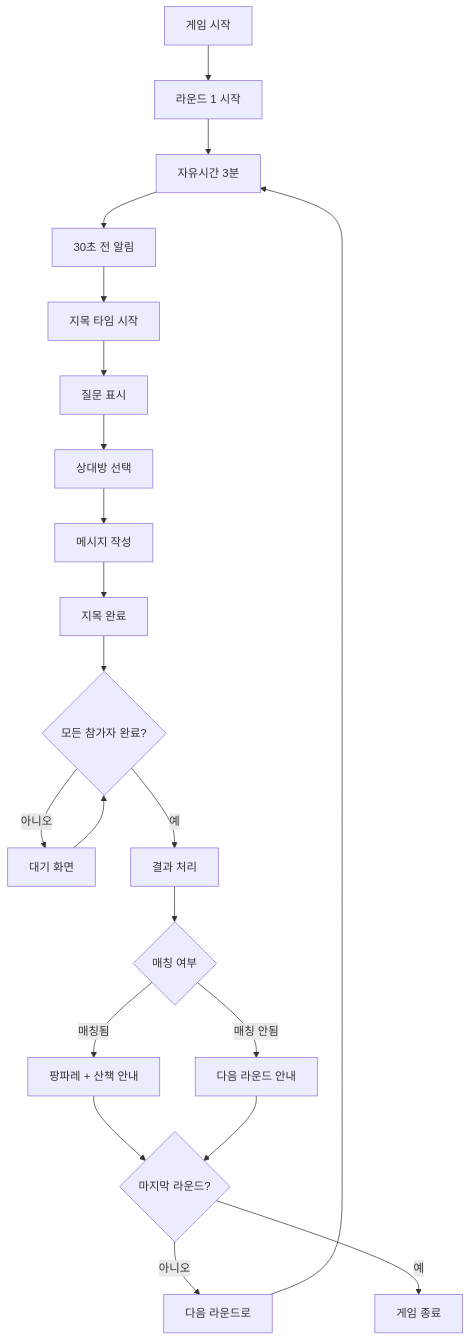
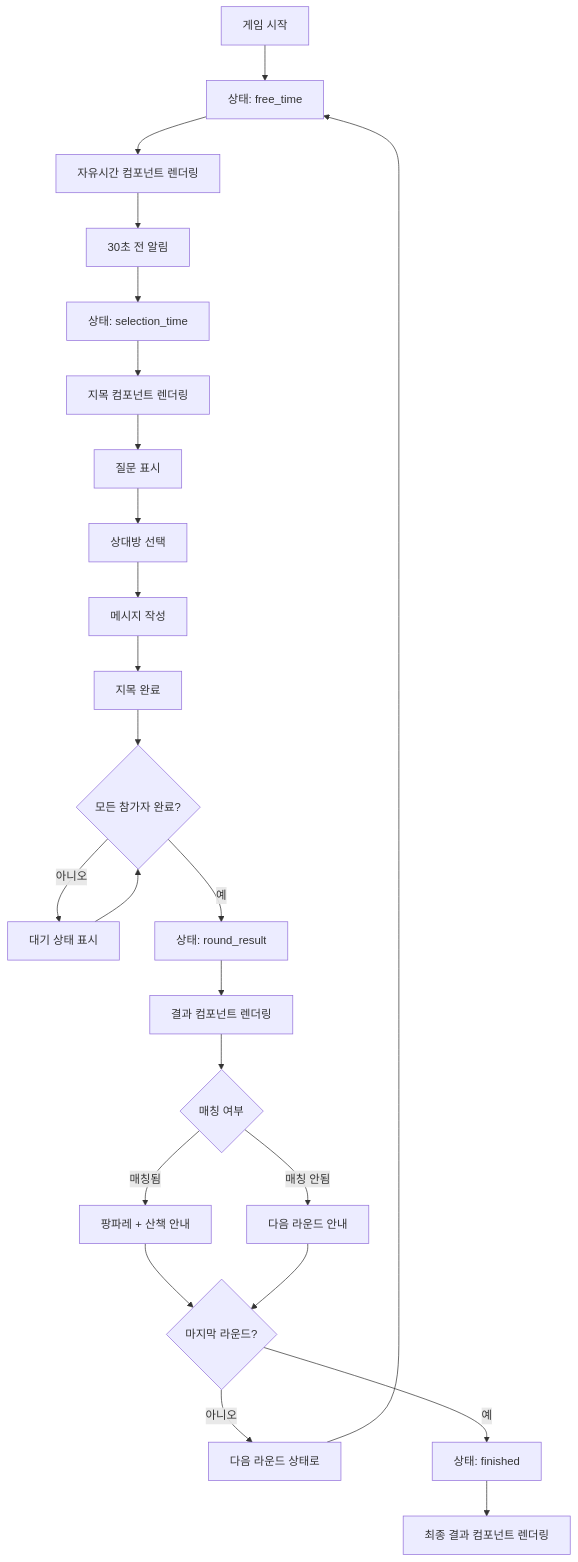
The second of 7 diagrams in .cursor/rules/template.prd.mdc (paxhumana-ai/loveline-game), drawn with Mermaid before and after one commit. The commit also changed other lines of this file and 7 other files, not shown here.

````diff
--- a/.cursor/rules/template.prd.mdc
+++ b/.cursor/rules/template.prd.mdc
@@ -150,23 +158,26 @@
 ```mermaid
 graph TD
-    A[게임 시작] --> B[라운드 1 시작]
-    B --> C[자유시간 3분]
+    A[게임 시작] --> B[상태: free_time]
+    B --> C[자유시간 컴포넌트 렌더링]
     C --> D[30초 전 알림]
-    D --> E[지목 타임 시작]
-    E --> F[질문 표시]
-    F --> G[상대방 선택]
-    G --> H[메시지 작성]
-    H --> I[지목 완료]
-    I --> J{모든 참가자 완료?}
-    J -->|아니오| K[대기 화면]
-    K --> J
-    J -->|예| L[결과 처리]
-    L --> M{매칭 여부}
-    M -->|매칭됨| N[팡파레 + 산책 안내]
-    M -->|매칭 안됨| O[다음 라운드 안내]
-    N --> P{마지막 라운드?}
-    O --> P
-    P -->|아니오| Q[다음 라운드로]
-    P -->|예| R[게임 종료]
-    Q --> C
+    D --> E[상태: selection_time]
+    E --> F[지목 컴포넌트 렌더링]
+    F --> G[질문 표시]
+    G --> H[상대방 선택]
+    H --> I[메시지 작성]
+    I --> J[지목 완료]
+    J --> K{모든 참가자 완료?}
+    K -->|아니오| L[대기 상태 표시]
+    L --> K
+    K -->|예| M[상태: round_result]
+    M --> N[결과 컴포넌트 렌더링]
+    N --> O{매칭 여부}
+    O -->|매칭됨| P[팡파레 + 산책 안내]
+    O -->|매칭 안됨| Q[다음 라운드 안내]
+    P --> R{마지막 라운드?}
+    Q --> R
+    R -->|아니오| S[다음 라운드 상태로]
+    R -->|예| T[상태: finished]
+    S --> B
+    T --> U[최종 결과 컴포넌트 렌더링]
 ```
````
